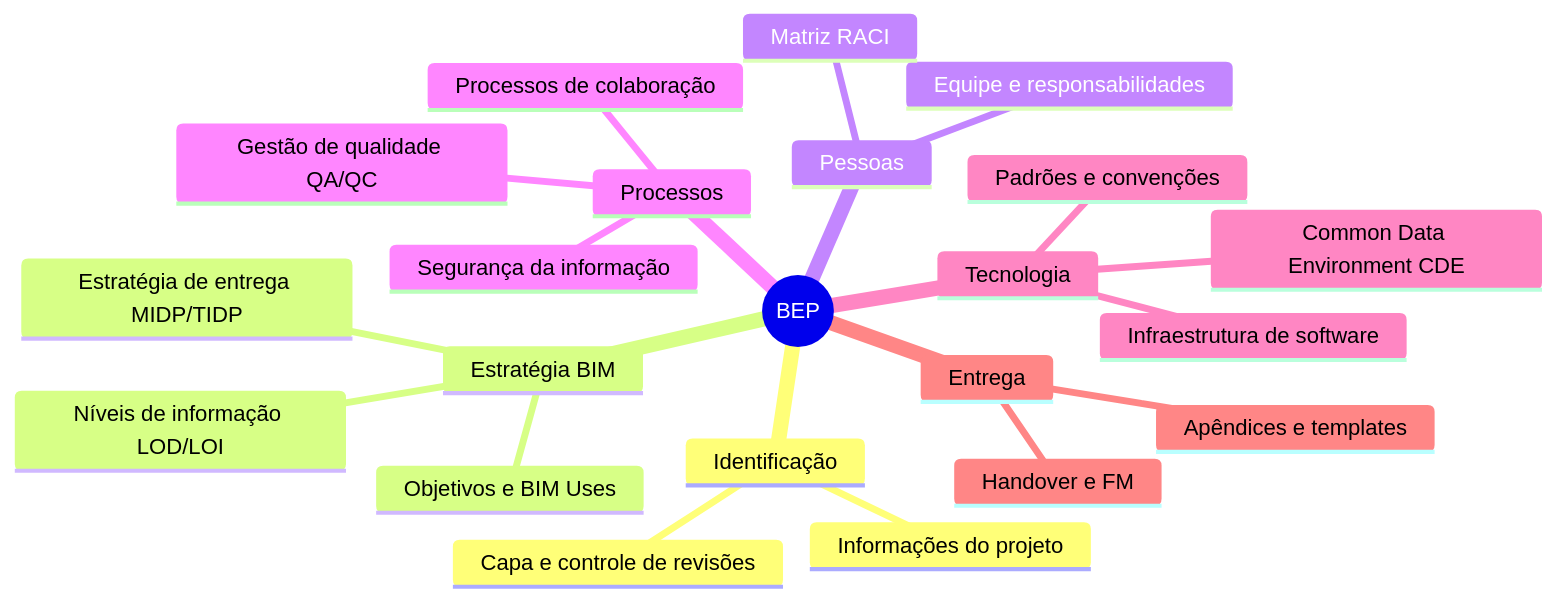
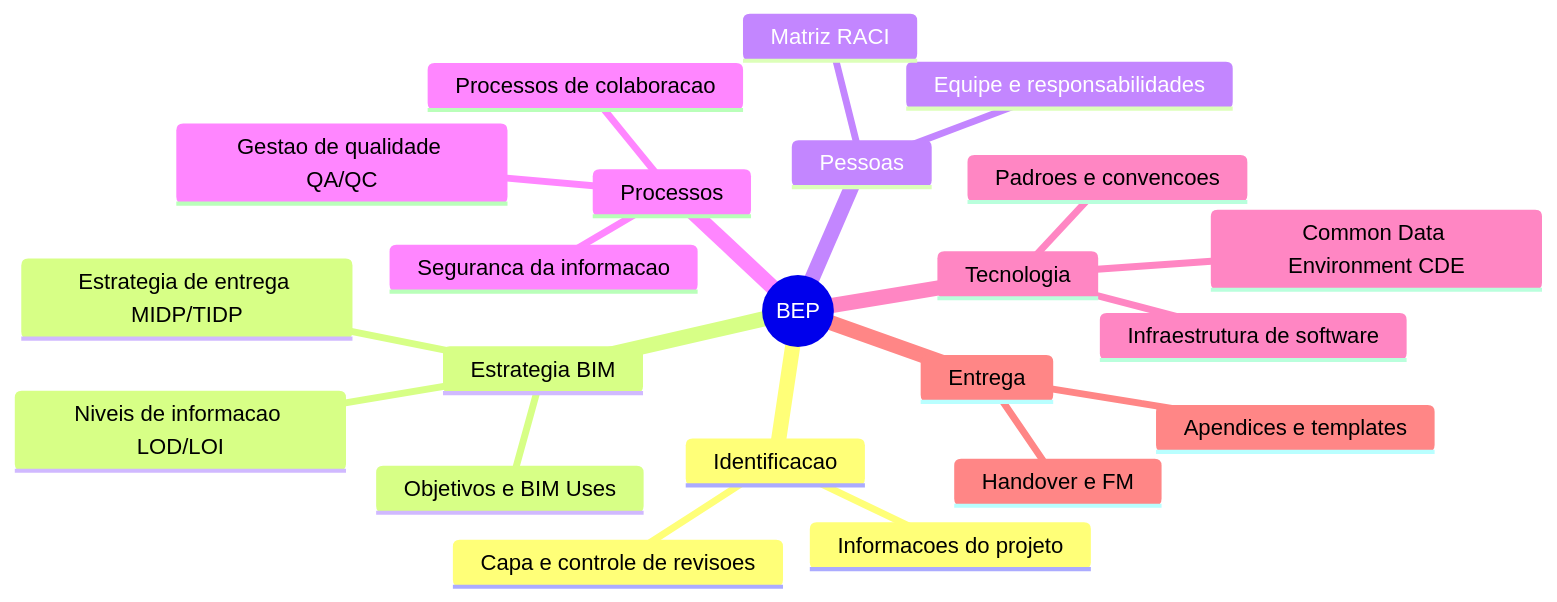
The third of 9 diagrams in docs/bep/bep-bim-material.md (255ribeiro/intro_ifc), drawn with Mermaid before and after one commit. The commit also changed other lines of this file and 2 other files, not shown here.

Commit message:
mermaid diagram css

````diff
--- a/docs/bep/bep-bim-material.md
+++ b/docs/bep/bep-bim-material.md
@@ -114,25 +135,25 @@
 ```mermaid
 mindmap
   root((BEP))
-    Identificação
-      Capa e controle de revisões
-      Informações do projeto
-    Estratégia BIM
+    Identificacao
+      Capa e controle de revisoes
+      Informacoes do projeto
+    Estrategia BIM
       Objetivos e BIM Uses
-      Níveis de informação LOD/LOI
-      Estratégia de entrega MIDP/TIDP
+      Niveis de informacao LOD/LOI
+      Estrategia de entrega MIDP/TIDP
     Pessoas
       Equipe e responsabilidades
       Matriz RACI
     Processos
-      Processos de colaboração
-      Gestão de qualidade QA/QC
-      Segurança da informação
+      Processos de colaboracao
+      Gestao de qualidade QA/QC
+      Seguranca da informacao
     Tecnologia
       Infraestrutura de software
       Common Data Environment CDE
-      Padrões e convenções
+      Padroes e convencoes
     Entrega
       Handover e FM
-      Apêndices e templates
+      Apendices e templates
 ```
````
